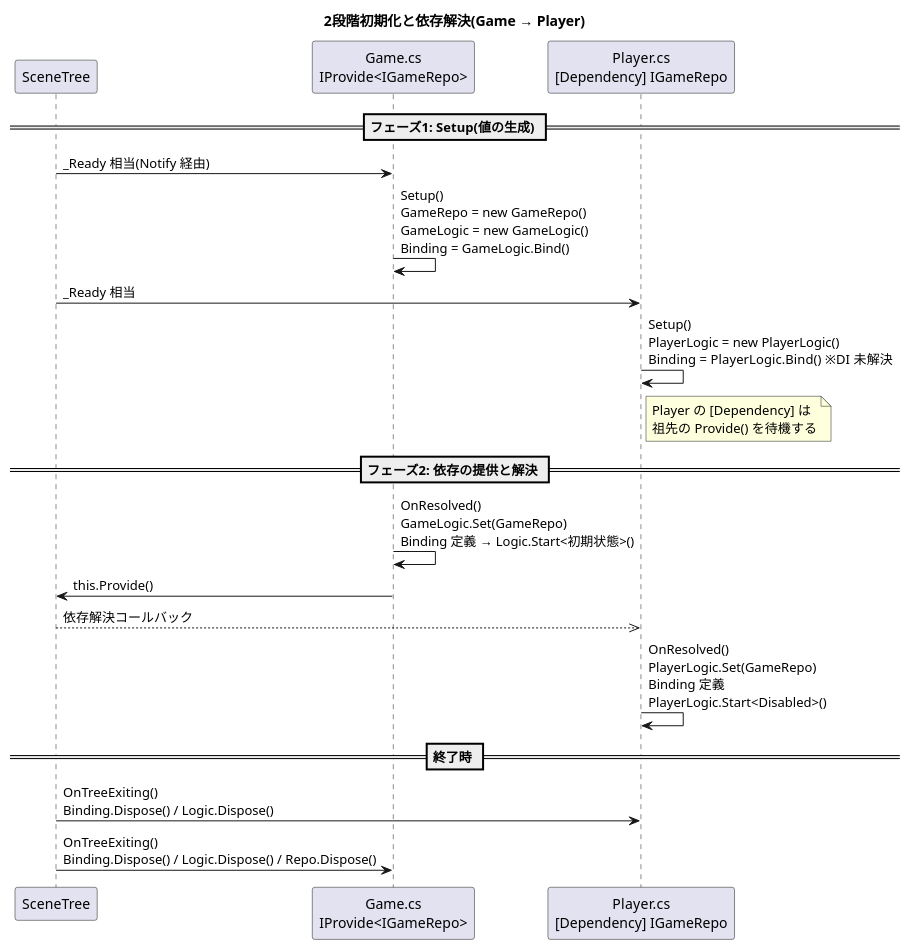
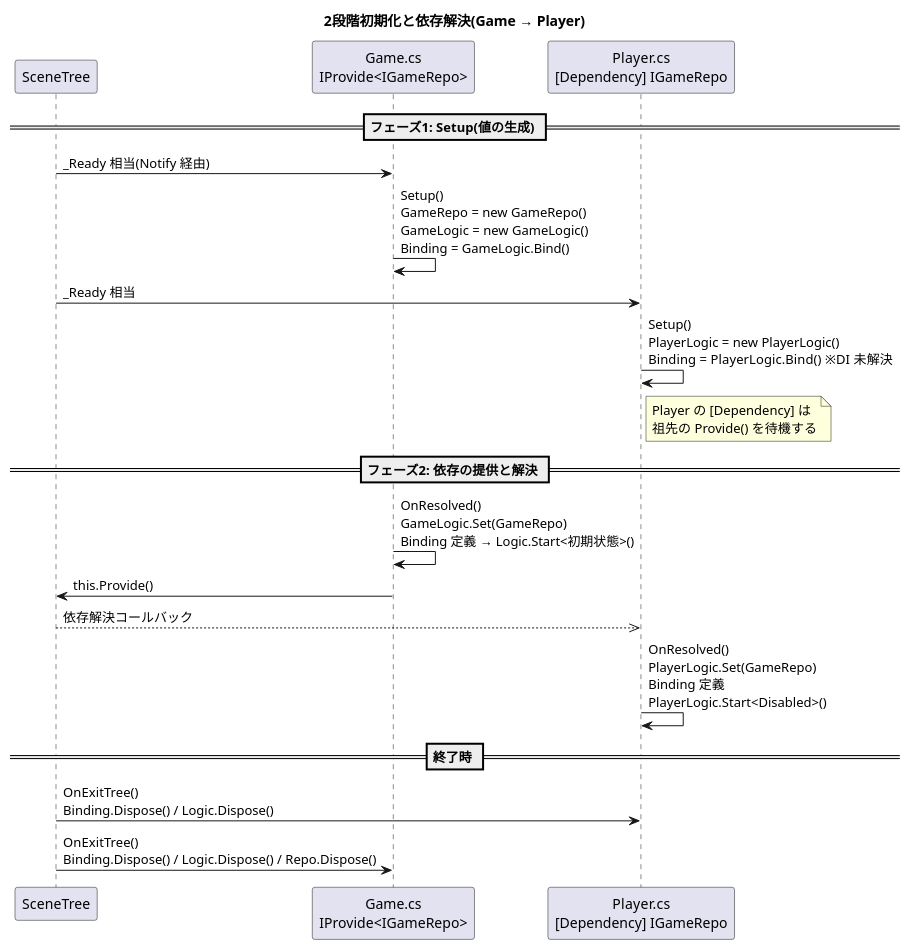
Before and after one commit to Ygoat/EternalJourney: the fourth of 5 diagrams in docs/ARCHITECTURE_REFERENCE.md, drawn with PlantUML. The commit also changed other lines of this file and 68 other files, not shown here.

````diff
--- a/docs/ARCHITECTURE_REFERENCE.md
+++ b/docs/ARCHITECTURE_REFERENCE.md
@@ -227,29 +227,29 @@
 ```plantuml
 @startuml
 title 2段階初期化と依存解決(Game → Player)
 
 participant Tree as "SceneTree"
 participant Game as "Game.cs\nIProvide<IGameRepo>"
 participant Player as "Player.cs\n[Dependency] IGameRepo"
 
 == フェーズ1: Setup(値の生成) ==
 Tree -> Game : _Ready 相当(Notify 経由)
 Game -> Game : Setup()\nGameRepo = new GameRepo()\nGameLogic = new GameLogic()\nBinding = GameLogic.Bind()
 Tree -> Player : _Ready 相当
 Player -> Player : Setup()\nPlayerLogic = new PlayerLogic()\nBinding = PlayerLogic.Bind()  ※DI 未解決
 note right of Player
   Player の [Dependency] は
   祖先の Provide() を待機する
 end note
 
 == フェーズ2: 依存の提供と解決 ==
 Game -> Game : OnResolved()\nGameLogic.Set(GameRepo)\nBinding 定義 → Logic.Start<初期状態>()
 Game -> Tree : this.Provide()
 Tree -->> Player : 依存解決コールバック
 Player -> Player : OnResolved()\nPlayerLogic.Set(GameRepo)\nBinding 定義\nPlayerLogic.Start<Disabled>()
 
 == 終了時 ==
-Tree -> Player : OnTreeExiting()\nBinding.Dispose() / Logic.Dispose()
-Tree -> Game : OnTreeExiting()\nBinding.Dispose() / Logic.Dispose() / Repo.Dispose()
+Tree -> Player : OnExitTree()\nBinding.Dispose() / Logic.Dispose()
+Tree -> Game : OnExitTree()\nBinding.Dispose() / Logic.Dispose() / Repo.Dispose()
 @enduml
 ```
````
